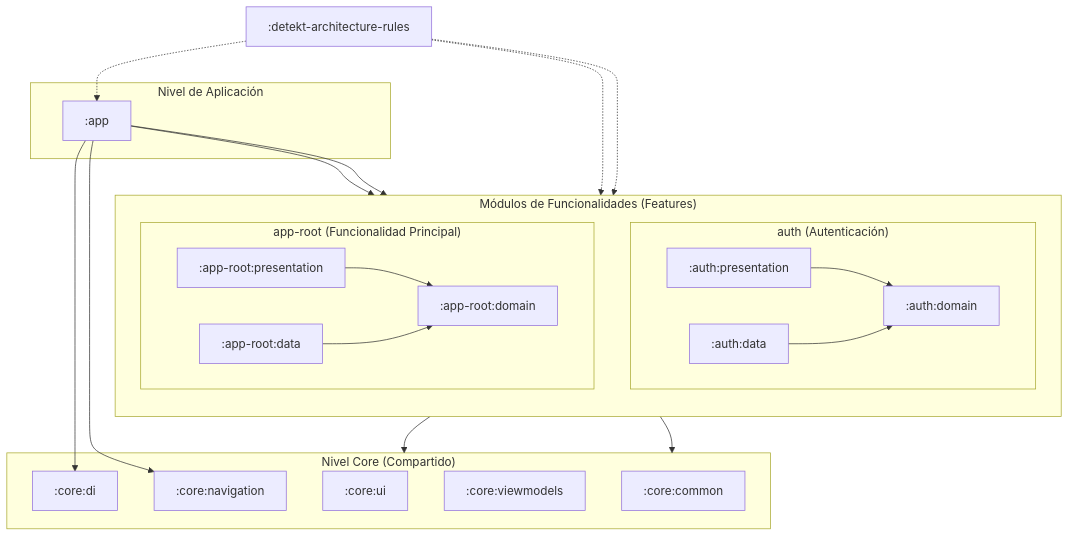
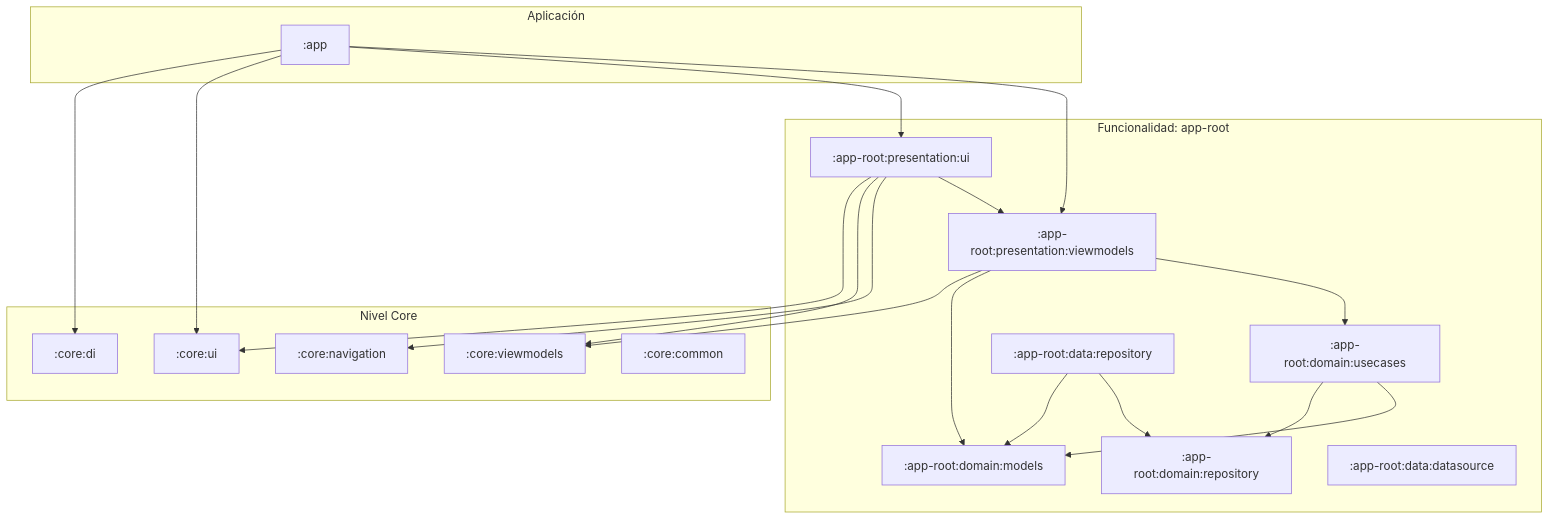
One commit to davcres/android-template changed the diagram in README.es.md. Above: the diagram before and after it, drawn with Mermaid. The commit also changed other lines of this file and 1 other file, not shown here.

Commit message:
add dependency graph in readme

````diff
--- a/README.es.md
+++ b/README.es.md
@@ -16,42 +23,46 @@
 ```mermaid
 graph TD
-    subgraph App ["Nivel de Aplicación"]
+    subgraph App_Level [Aplicación]
         APP[:app]
     end
 
-    subgraph Features ["Módulos de Funcionalidades (Features)"]
-        direction TB
-        subgraph Auth ["auth (Autenticación)"]
-            auth_p[:auth:presentation] --> auth_d[:auth:domain]
-            auth_da[:auth:data] --> auth_d
-        end
-
-        subgraph AppRoot ["app-root (Funcionalidad Principal)"]
-            root_p[:app-root:presentation] --> root_d[:app-root:domain]
-            root_da[:app-root:data] --> root_d
-        end
-    end
-
-    subgraph Core ["Nivel Core (Compartido)"]
+    subgraph Core_Level [Nivel Core]
+        core_di[:core:di]
         core_nav[:core:navigation]
-        core_di[:core:di]
         core_ui[:core:ui]
-        core_vm[:core:viewmodels]
+        core_vmb[:core:viewmodels]
         core_com[:core:common]
     end
 
-    %% Relaciones de Dependencia Principales
-    APP --> Auth
-    APP --> AppRoot
+    subgraph Feature_AppRoot [Funcionalidad: app-root]
+        root_ui[:app-root:presentation:ui]
+        root_vm[:app-root:presentation:viewmodels]
+        root_uc[:app-root:domain:usecases]
+        root_repo[:app-root:domain:repository]
+        root_models[:app-root:domain:models]
+        root_data[:app-root:data:repository]
+        root_ds[:app-root:data:datasource]
+    end
+
+    %% Dependencias de APP
     APP --> core_di
-    APP --> core_nav
+    APP --> core_ui
+    APP --> root_ui
+    APP --> root_vm
 
-    %% Dependencias de Features a Core
-    Auth --> Core
-    AppRoot --> Core
+    %% Flujo de App-Root
+    root_ui --> core_ui
+    root_ui --> core_vmb
+    root_ui --> core_nav
+    root_ui --> root_vm
 
-    %% Herramientas
-    detekt[:detekt-architecture-rules] -.-> APP
-    detekt -.-> Auth
-    detekt -.-> AppRoot
+    root_vm --> core_vmb
+    root_vm --> root_models
+    root_vm --> root_uc
+
+    root_uc --> root_repo
+    root_uc --> root_models
+
+    root_data --> root_models
+    root_data --> root_repo
 ```
````
